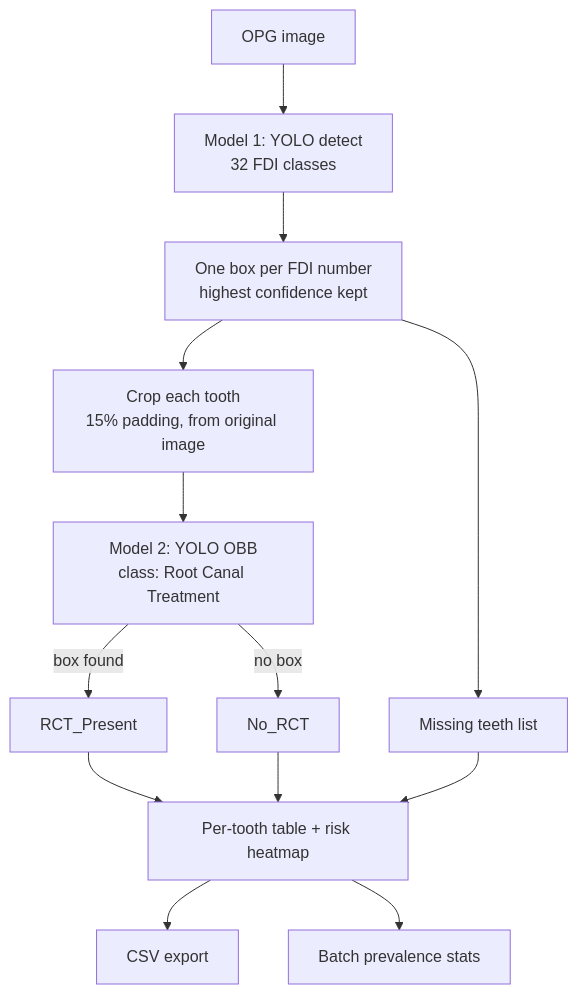
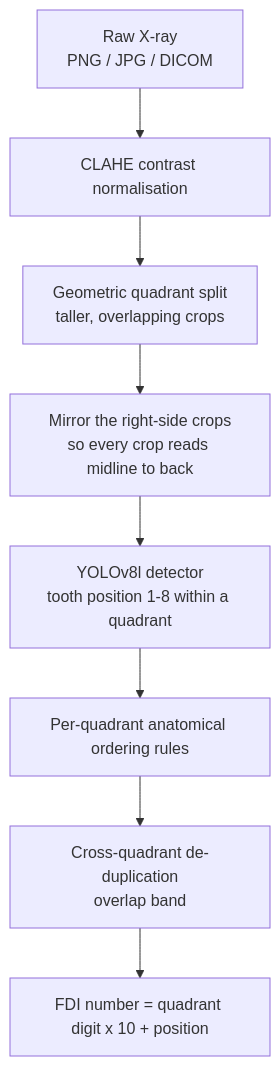
One commit to HimanshuThakre/fdi changed the diagram in README.md. Above: the diagram before and after it, drawn with Mermaid. The commit also changed other lines of this file, not shown here.

````diff
--- a/README.md
+++ b/README.md
@@ -13,15 +13,10 @@
 ```mermaid
 flowchart TD
-    A[OPG image] --> B[Model 1: YOLO detect<br/>32 FDI classes]
-    B --> C[One box per FDI number<br/>highest confidence kept]
-    C --> D[Crop each tooth<br/>15% padding, from original image]
-    D --> E[Model 2: YOLO OBB<br/>class: Root Canal Treatment]
-    E -->|box found| F[RCT_Present]
-    E -->|no box| G[No_RCT]
-    C --> H[Missing teeth list]
-    F --> I[Per-tooth table + risk heatmap]
-    G --> I
-    H --> I
-    I --> J[CSV export]
-    I --> K[Batch prevalence stats]
+    A["Raw X-ray<br/>PNG / JPG / DICOM"] --> B["CLAHE contrast normalisation"]
+    B --> C["Geometric quadrant split<br/>taller, overlapping crops"]
+    C --> D["Mirror the right-side crops<br/>so every crop reads midline to back"]
+    D --> E["YOLOv8l detector<br/>tooth position 1-8 within a quadrant"]
+    E --> F["Per-quadrant anatomical ordering rules"]
+    F --> G["Cross-quadrant de-duplication<br/>overlap band"]
+    G --> H["FDI number = quadrant digit x 10 + position"]
 ```
````
